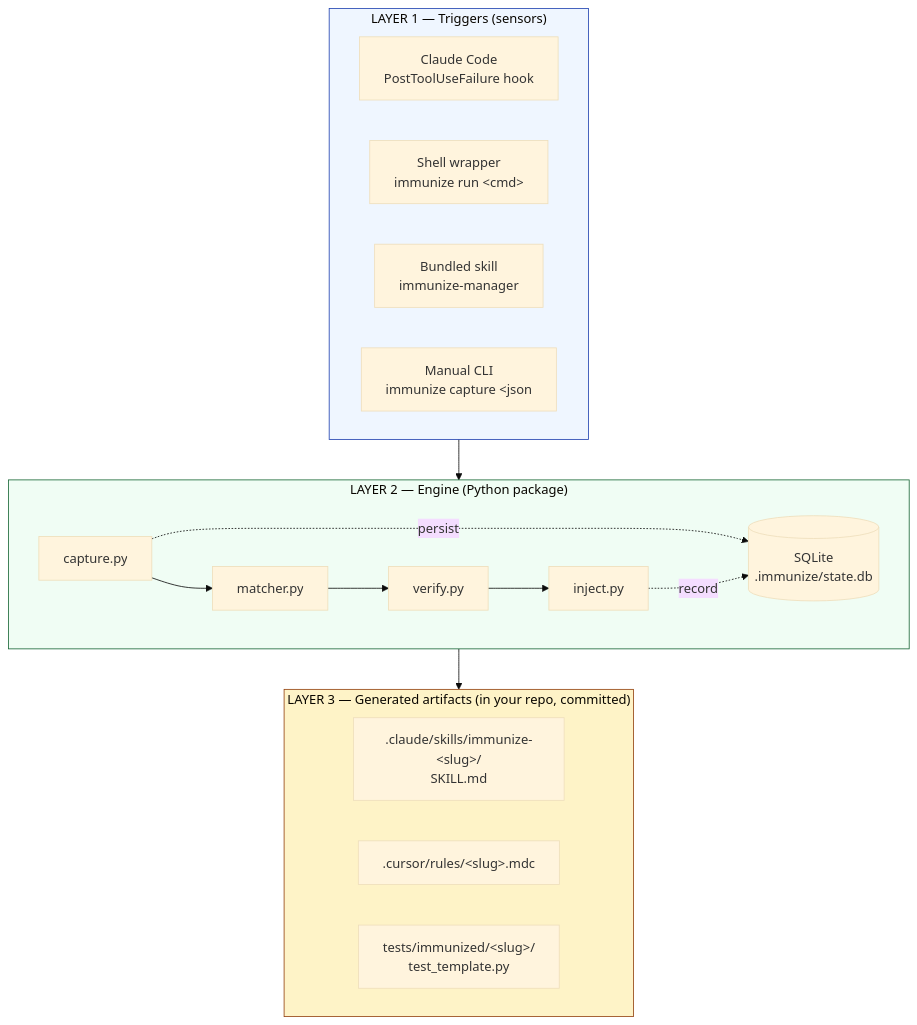
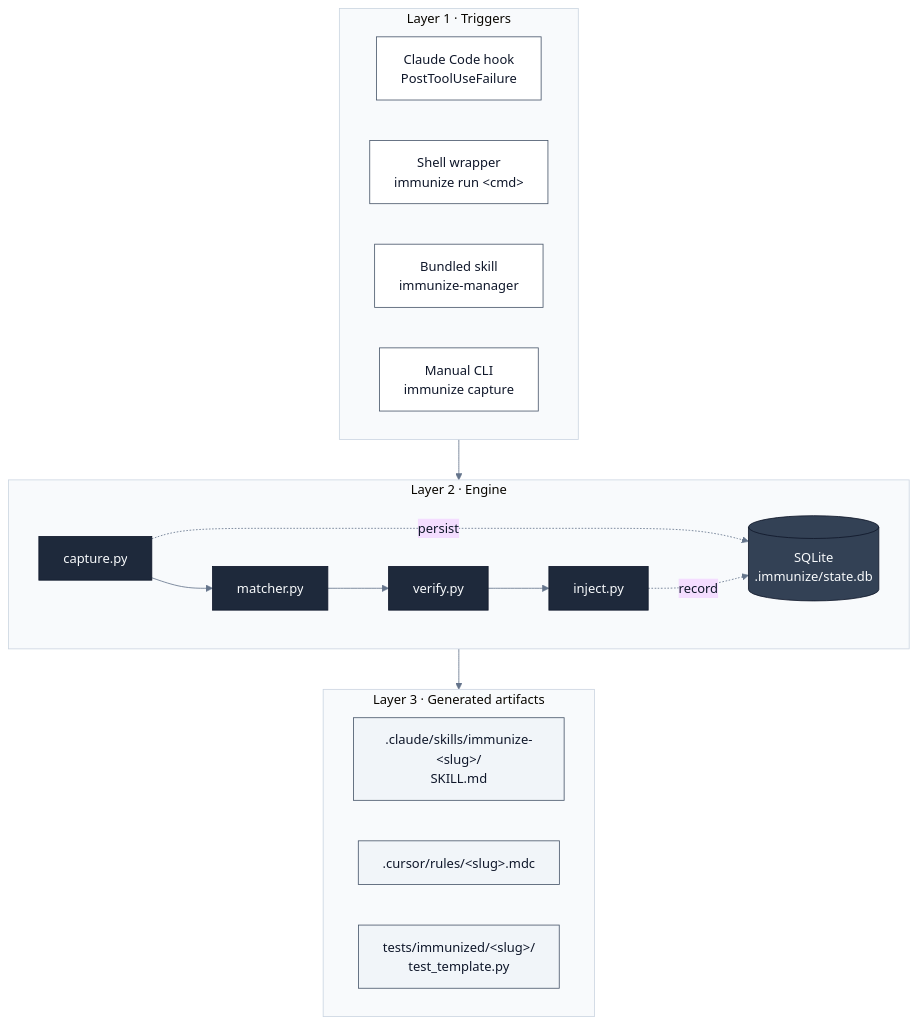
One commit to viditkbhatnagar/immunize changed the second of 14 diagrams in README.md. Above: the diagram before and after it, drawn with Mermaid. The commit also changed other lines of this file, not shown here.

First line of the commit message:
Redesign README mermaid diagrams with corporate styling

````diff
--- a/README.md
+++ b/README.md
@@ -119,35 +132,39 @@
 ```mermaid
-%%{init: {'theme':'base', 'flowchart': {'curve': 'basis'}}}%%
+%%{init: {'theme':'base', 'themeVariables': {'fontFamily':'Inter, system-ui, -apple-system, sans-serif', 'primaryTextColor':'#0f172a', 'lineColor':'#64748b'}, 'flowchart': {'curve':'basis'}}}%%
 flowchart TB
-    subgraph L1["LAYER 1 — Triggers (sensors)"]
+    classDef trigger fill:#ffffff,stroke:#475569,stroke-width:1px,color:#0f172a
+    classDef engine fill:#1e293b,stroke:#0f172a,stroke-width:1px,color:#f8fafc
+    classDef store fill:#334155,stroke:#0f172a,stroke-width:1px,color:#f8fafc
+    classDef artifact fill:#f1f5f9,stroke:#475569,stroke-width:1px,color:#0f172a
+
+    subgraph L1["Layer 1 · Triggers"]
         direction LR
-        T1["Claude Code<br/>PostToolUseFailure hook"]
-        T2["Shell wrapper<br/>immunize run &lt;cmd&gt;"]
-        T3["Bundled skill<br/>immunize-manager"]
-        T4["Manual CLI<br/>immunize capture &lt;json"]
+        T1["Claude Code hook<br/>PostToolUseFailure"]:::trigger
+        T2["Shell wrapper<br/>immunize run &lt;cmd&gt;"]:::trigger
+        T3["Bundled skill<br/>immunize-manager"]:::trigger
+        T4["Manual CLI<br/>immunize capture"]:::trigger
     end
 
-    subgraph L2["LAYER 2 — Engine (Python package)"]
+    subgraph L2["Layer 2 · Engine"]
         direction LR
-        E1[capture.py] --> E2[matcher.py]
-        E2 --> E3[verify.py]
-        E3 --> E4[inject.py]
-        E5[(SQLite<br/>.immunize/state.db)]
-        E1 -.persist.-> E5
-        E4 -.record.-> E5
+        E1["capture.py"]:::engine --> E2["matcher.py"]:::engine
+        E2 --> E3["verify.py"]:::engine
+        E3 --> E4["inject.py"]:::engine
+        E5[("SQLite<br/>.immunize/state.db")]:::store
+        E1 -. persist .-> E5
+        E4 -. record .-> E5
     end
 
-    subgraph L3["LAYER 3 — Generated artifacts (in your repo, committed)"]
+    subgraph L3["Layer 3 · Generated artifacts"]
         direction LR
-        A1[".claude/skills/immunize-&lt;slug&gt;/<br/>SKILL.md"]
-        A2[".cursor/rules/&lt;slug&gt;.mdc"]
-        A3["tests/immunized/&lt;slug&gt;/<br/>test_template.py"]
+        A1[".claude/skills/immunize-&lt;slug&gt;/<br/>SKILL.md"]:::artifact
+        A2[".cursor/rules/&lt;slug&gt;.mdc"]:::artifact
+        A3["tests/immunized/&lt;slug&gt;/<br/>test_template.py"]:::artifact
     end
 
-    L1 --> L2
-    L2 --> L3
+    L1 --> L2 --> L3
 
-    style L1 fill:#eff6ff,stroke:#1e40af
-    style L2 fill:#f0fdf4,stroke:#166534
-    style L3 fill:#fef3c7,stroke:#92400e
+    style L1 fill:#f8fafc,stroke:#cbd5e1
+    style L2 fill:#f8fafc,stroke:#cbd5e1
+    style L3 fill:#f8fafc,stroke:#cbd5e1
 ```
````
